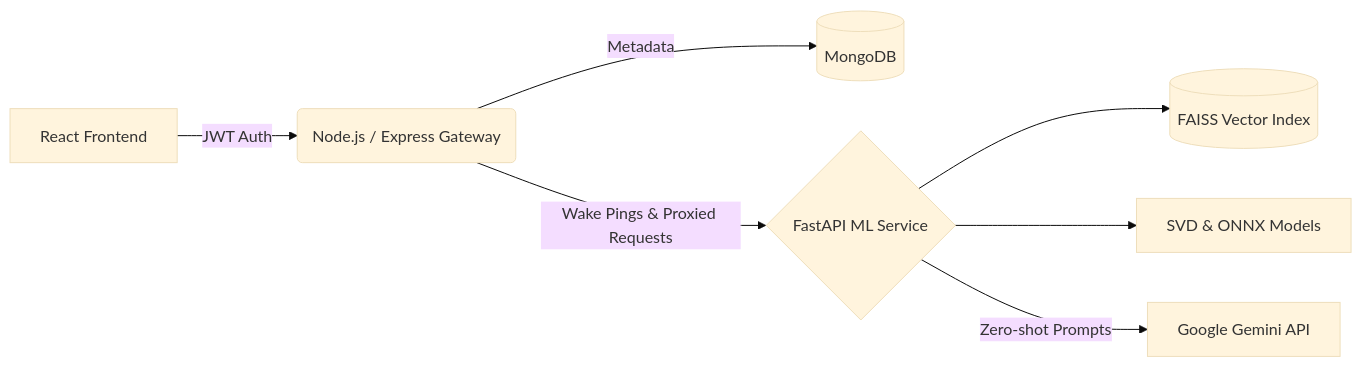
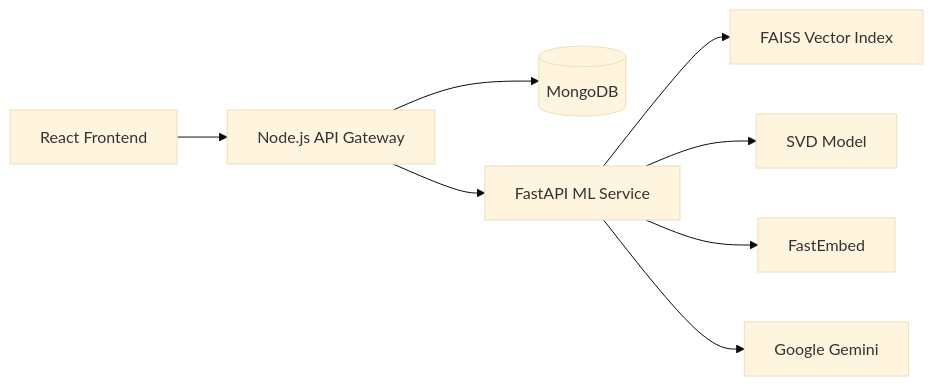
Before and after one commit to RuchithPraharshaBandaru/storynest-book-recommendation-system: the diagram in README.md, drawn with Mermaid (base theme). The commit also changed other lines of this file, not shown here.

Commit message:
Update README.md with clean layout, Mermaid diagram, and deep-dive documentation links

````diff
--- a/README.md
+++ b/README.md
@@ -43,9 +153,18 @@
 ```mermaid
 graph LR
-    A[React Frontend] -->|JWT Auth| B(Node.js / Express Gateway)
-    B -->|Metadata| C[(MongoDB)]
-    B -->|Wake Pings & Proxied Requests| D{FastAPI ML Service}
-    D --> E[(FAISS Vector Index)]
-    D --> F[SVD & ONNX Models]
-    D -->|Zero-shot Prompts| G[Google Gemini API]
+
+A[React Frontend]
+--> B[Node.js API Gateway]
+
+B --> C[(MongoDB)]
+
+B --> D[FastAPI ML Service]
+
+D --> E[FAISS Vector Index]
+
+D --> F[SVD Model]
+
+D --> G[FastEmbed]
+
+D --> H[Google Gemini]
 ```
````
